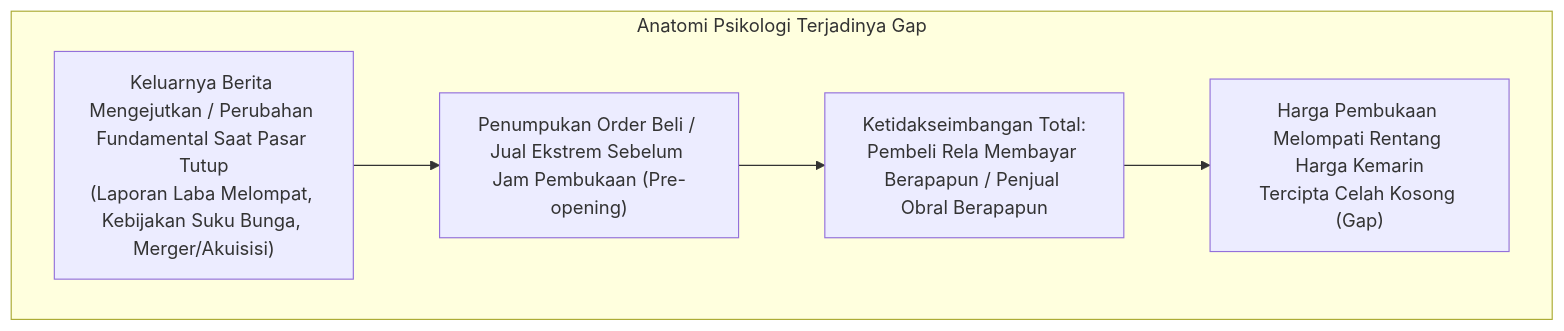
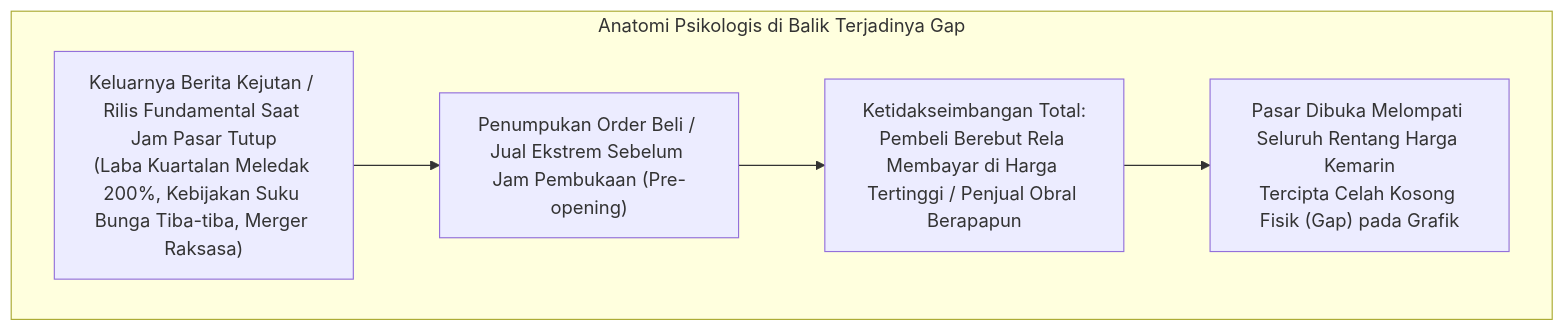
One commit to AlulCode45/Trading-Learning-Path changed the first of 5 diagrams in docs/edianto-ong/20-gaps.md. Above: the diagram before and after it, drawn with Mermaid. The commit also changed other lines of this file and 29 other files, not shown here.

Commit message:
docs(edianto-ong): upgrade all 29 chapters with beginner analogies, diagrams, step-by-step guides, and case studies

````diff
--- a/docs/edianto-ong/20-gaps.md
+++ b/docs/edianto-ong/20-gaps.md
@@ -15,11 +15,11 @@
 ```mermaid
 flowchart TD
-    subgraph GapPsychology["Anatomi Psikologi Terjadinya Gap"]
-        Info["Keluarnya Berita Mengejutkan / Perubahan Fundamental Saat Pasar Tutup<br/>(Laporan Laba Melompat, Kebijakan Suku Bunga, Merger/Akuisisi)"]
-        OvernightOrder["Penumpukan Order Beli / Jual Ekstrem Sebelum Jam Pembukaan (Pre-opening)"]
-        Imbalance["Ketidakseimbangan Total:<br/>Pembeli Rela Membayar Berapapun / Penjual Obral Berapapun"]
-        GapForm["Harga Pembukaan Melompati Rentang Harga Kemarin<br/>Tercipta Celah Kosong (Gap)"]
+    subgraph GapPsychology["Anatomi Psikologis di Balik Terjadinya Gap"]
+        Event["Keluarnya Berita Kejutan / Rilis Fundamental Saat Jam Pasar Tutup<br/>(Laba Kuartalan Meledak 200%, Kebijakan Suku Bunga Tiba-tiba, Merger Raksasa)"]
+        Overnight["Penumpukan Order Beli / Jual Ekstrem Sebelum Jam Pembukaan (Pre-opening)"]
+        PanicImbalance["Ketidakseimbangan Total:<br/>Pembeli Berebut Rela Membayar di Harga Tertinggi / Penjual Obral Berapapun"]
+        OpenJump["Pasar Dibuka Melompati Seluruh Rentang Harga Kemarin<br/>Tercipta Celah Kosong Fisik (Gap) pada Grafik"]
     end
 
-    Info --> OvernightOrder --> Imbalance --> GapForm
+    Event --> Overnight --> PanicImbalance --> OpenJump
 ```
````
